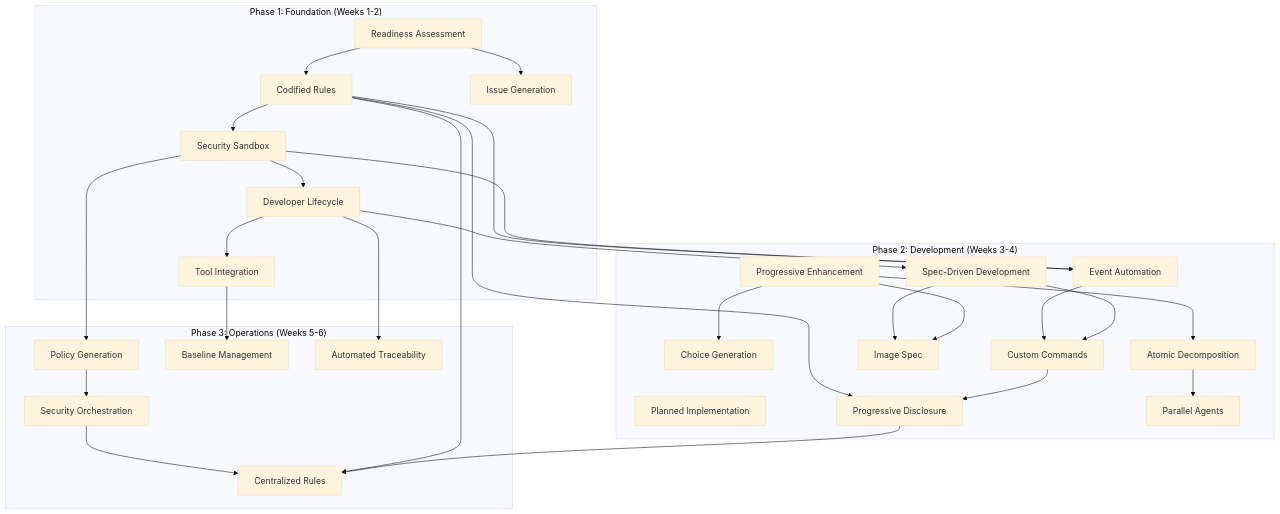
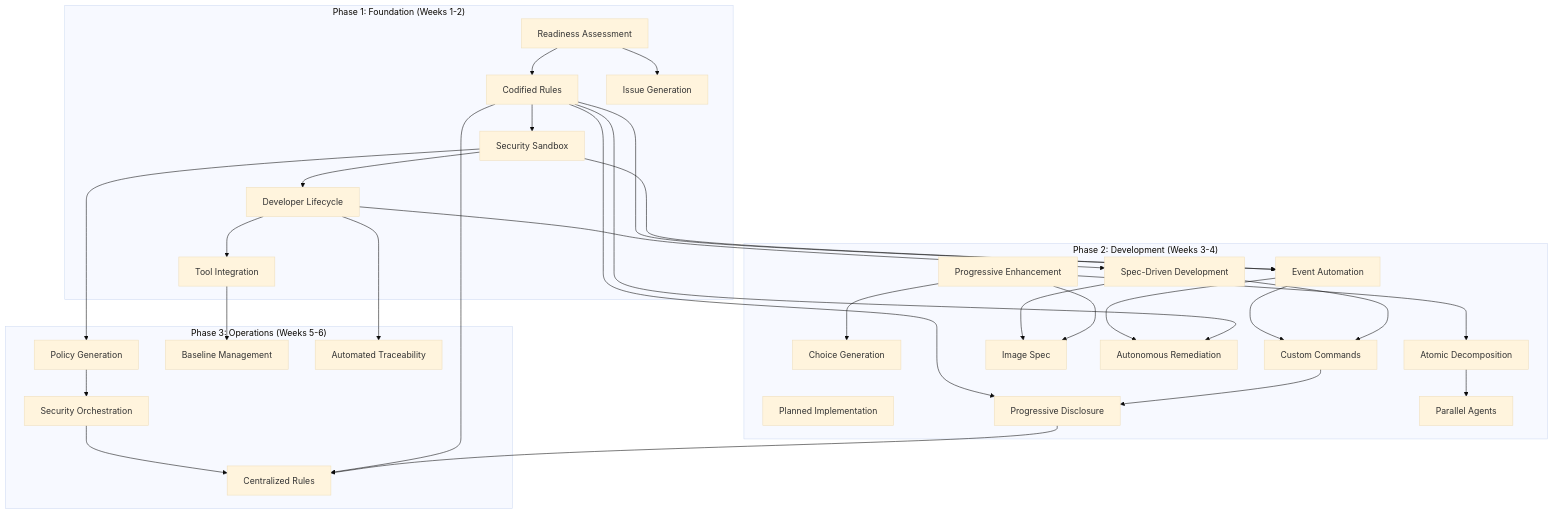
One commit to PaulDuvall/ai-development-patterns changed the second of 16 diagrams in README.md. Above: the diagram before and after it, drawn with Mermaid (base theme). The commit also changed other lines of this file and 10 other files, not shown here.

First line of the commit message:
feat(patterns): add Autonomous Remediation pattern

````diff
--- a/README.md
+++ b/README.md
@@ -113,42 +118,45 @@
 ```mermaid
 graph TD
     subgraph "Phase 1: Foundation (Weeks 1-2)"
         A[Readiness Assessment] --> B[Codified Rules]
         B --> C[Security Sandbox]
         C --> D[Developer Lifecycle]
         A --> E[Issue Generation]
         D --> F[Tool Integration]
     end
 
     subgraph "Phase 2: Development (Weeks 3-4)"
         D --> G[Spec-Driven Development]
         H[Planned Implementation]
         I[Progressive Enhancement]
         I --> J[Choice Generation]
         Q[Event Automation]
         R[Custom Commands]
         S[Progressive Disclosure]
         U[Image Spec]
+        V[Autonomous Remediation]
         I --> K[Atomic Decomposition]
         K --> L[Parallel Agents]
     end
 
     subgraph "Phase 3: Operations (Weeks 5-6)"
         C --> M[Policy Generation]
         M --> N[Security Orchestration]
         N --> T[Centralized Rules]
         F --> O[Baseline Management]
         D --> P[Automated Traceability]
     end
 
     B --> Q
     C --> Q
     Q --> R
     G --> R
     B --> S
     R --> S
     B --> T
     S --> T
     G --> U
     I --> U
+    Q --> V
+    B --> V
 ```
````
